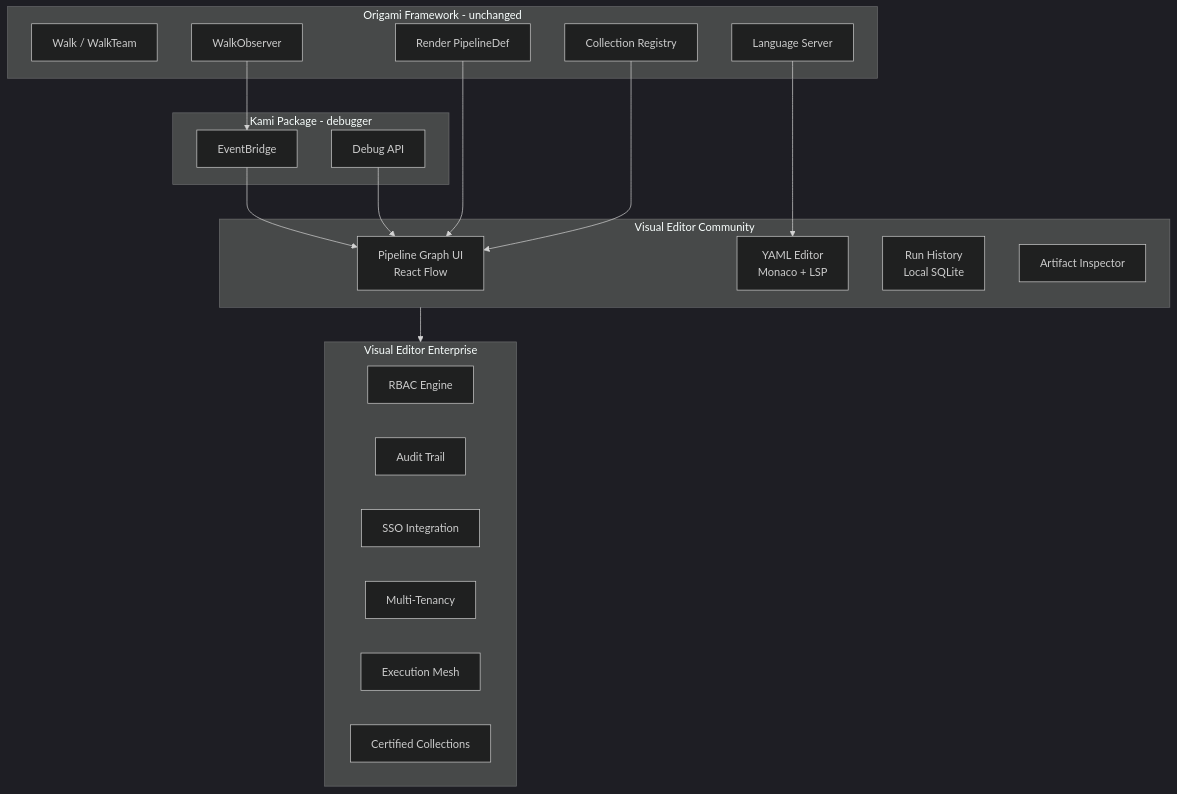
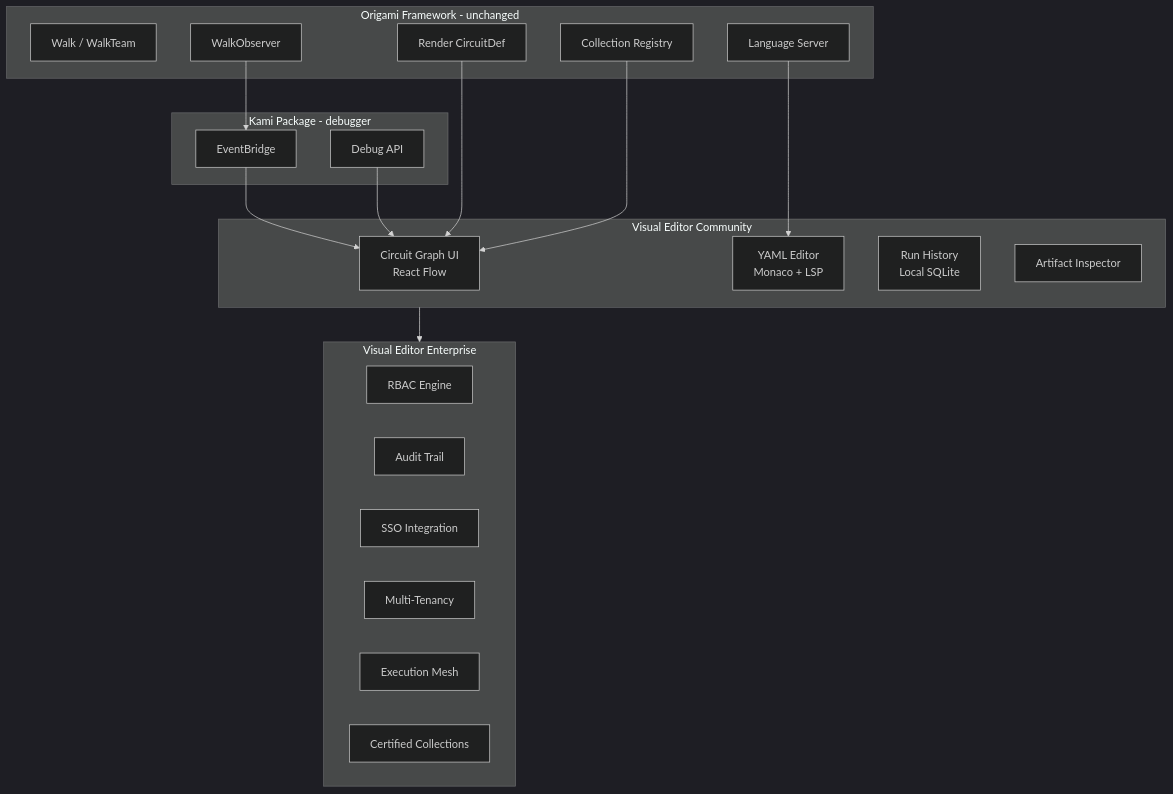
The first of 2 diagrams in .cursor/docs/case-studies/visual-editor-landscape.md (dpopsuev/origami), drawn with Mermaid (dark theme) before and after one commit. The commit also changed other lines of this file and 315 other files, not shown here.

````diff
--- a/.cursor/docs/case-studies/visual-editor-landscape.md
+++ b/.cursor/docs/case-studies/visual-editor-landscape.md
@@ -228,40 +228,40 @@
 ```mermaid
 flowchart TB
     subgraph origami_fw [Origami Framework - unchanged]
         Walk["Walk / WalkTeam"]
         Observer["WalkObserver"]
-        Render["Render PipelineDef"]
+        Render["Render CircuitDef"]
         Collections["Collection Registry"]
         LSP["Language Server"]
     end
 
     subgraph kami_pkg [Kami Package - debugger]
         EventBridge["EventBridge"]
         DebugAPI["Debug API"]
     end
 
     subgraph ve_community [Visual Editor Community]
-        GraphUI["Pipeline Graph UI\nReact Flow"]
+        GraphUI["Circuit Graph UI\nReact Flow"]
         YAMLEditor["YAML Editor\nMonaco + LSP"]
         RunHistory["Run History\nLocal SQLite"]
         ArtifactView["Artifact Inspector"]
     end
 
     subgraph ve_enterprise [Visual Editor Enterprise]
         RBAC["RBAC Engine"]
         AuditTrail["Audit Trail"]
         SSO["SSO Integration"]
         MultiTenant["Multi-Tenancy"]
         Mesh["Execution Mesh"]
         CertContent["Certified Collections"]
     end
 
     Observer --> EventBridge
     EventBridge --> GraphUI
     Render --> GraphUI
     Collections --> GraphUI
     LSP --> YAMLEditor
     DebugAPI --> GraphUI
 
     ve_community --> ve_enterprise
 ```
````
